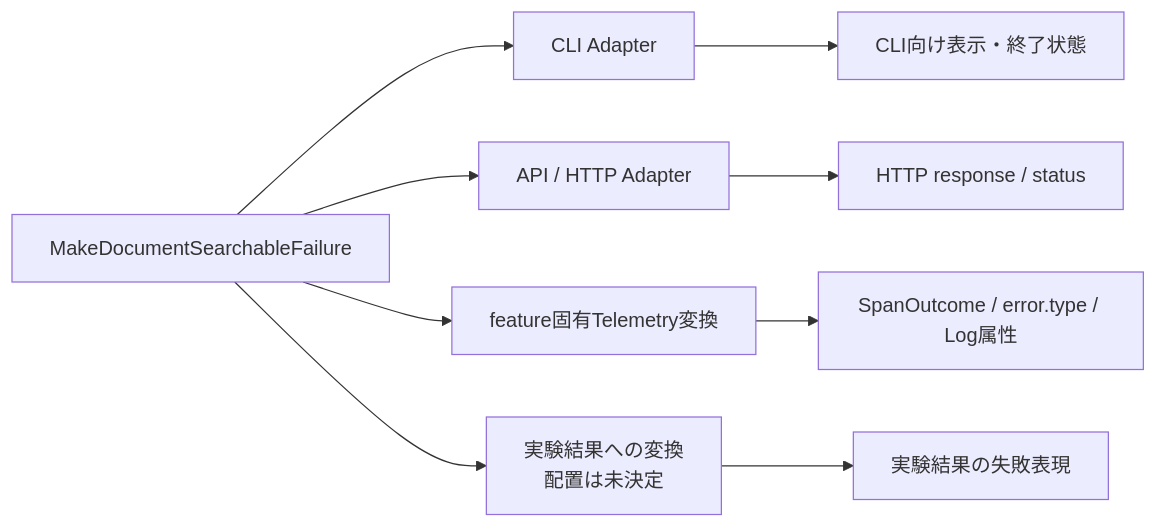
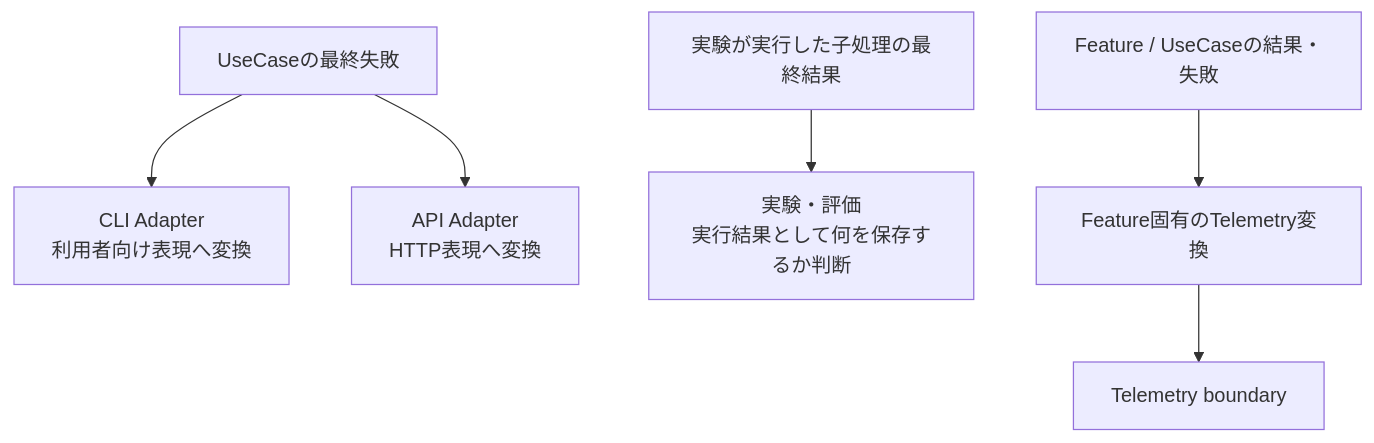
The third of 7 diagrams in Notes/RAGScope/RAGScopeアプリケーション/RS-0024 失敗型と利用境界への変換設計メモ.md (takashit16833/Workbench), drawn with Mermaid before and after one commit. The commit also changed other lines of this file, not shown here.

````diff
--- a/Notes/RAGScope/RAGScopeアプリケーション/RS-0024 失敗型と利用境界への変換設計メモ.md
+++ b/Notes/RAGScope/RAGScopeアプリケーション/RS-0024 失敗型と利用境界への変換設計メモ.md
@@ -191,19 +216,18 @@
 ```mermaid
-flowchart LR
-    FAILURE["MakeDocumentSearchableFailure"]
+flowchart TB
+    UC["UseCaseの最終失敗"]
+    CLI["CLI Adapter<br>利用者向け表現へ変換"]
+    API["API Adapter<br>HTTP表現へ変換"]
 
-    CLI["CLI Adapter"]
-    HTTP["API / HTTP Adapter"]
-    TEL["feature固有Telemetry変換"]
-    EXP["実験結果への変換<br/>配置は未決定"]
+    CHILD["実験が実行した子処理の最終結果"]
+    EXP["実験・評価<br>実行結果として何を保存するか判断"]
 
-    CLIERR["CLI向け表示・終了状態"]
-    HTTPERR["HTTP response / status"]
-    TELOUT["SpanOutcome / error.type / Log属性"]
-    EXPERR["実験結果の失敗表現"]
+    RESULT["Feature / UseCaseの結果・失敗"]
+    TELMAP["Feature固有のTelemetry変換"]
+    TEL["Telemetry boundary"]
 
-    FAILURE --> CLI --> CLIERR
-    FAILURE --> HTTP --> HTTPERR
-    FAILURE --> TEL --> TELOUT
-    FAILURE --> EXP --> EXPERR
+    UC --> CLI
+    UC --> API
+    CHILD --> EXP
+    RESULT --> TELMAP --> TEL
 ```
````
